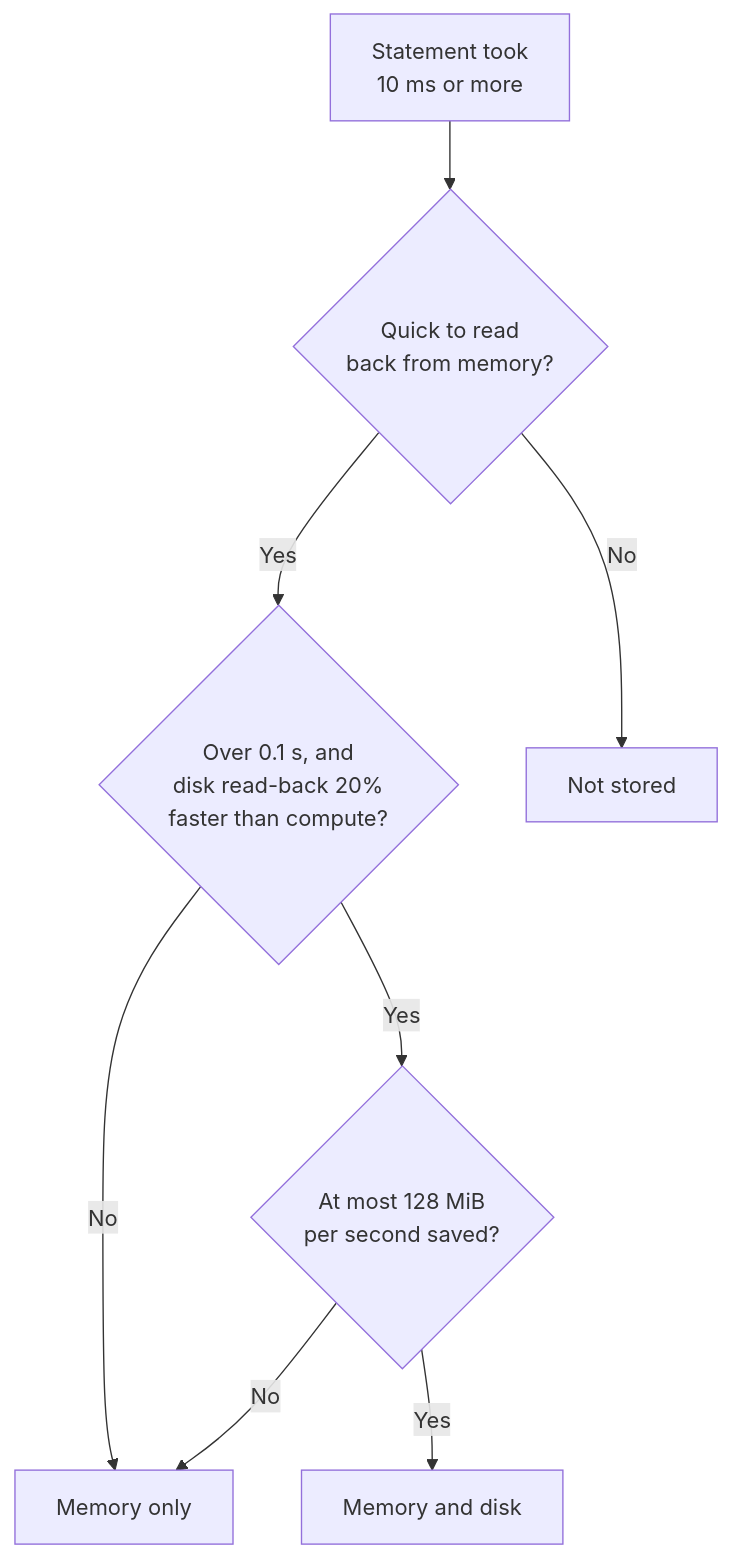
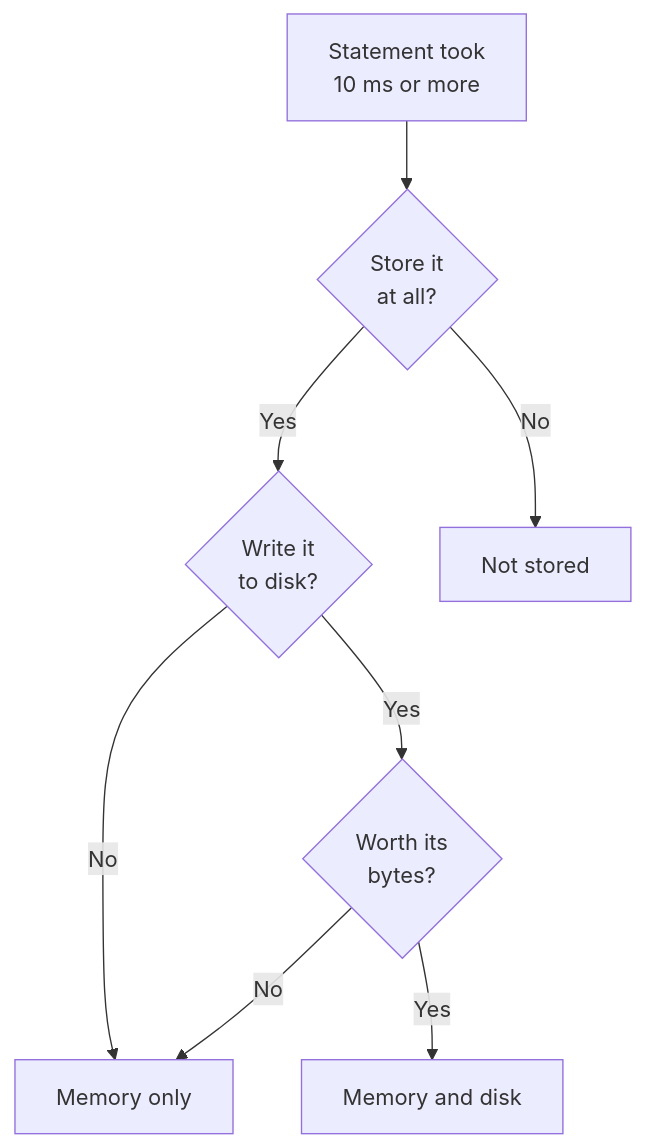
Before and after one commit to galgtonold/cash: the diagram in docs/cost-model.md, drawn with Mermaid. The commit also changed other lines of this file and 2 other files, not shown here.

Commit message:
docs: keep flowchart decisions to a few words so the charts stay short
Long questions inside the diamonds made the cost-model chart taller than
a screen. The decisions now use the names of the steps the text below
explains ('Store it at all?', 'Write it to disk?', 'Worth its bytes?'),
and the notebook and decorator charts shorten theirs the same way.

````diff
--- a/docs/cost-model.md
+++ b/docs/cost-model.md
@@ -152,17 +153,17 @@
 ```mermaid
 flowchart TB
     A["Statement took<br/>10 ms or more"]
-    M{"Quick to read<br/>back from memory?"}
-    D{"Over 0.1 s, and<br/>disk read-back 20%<br/>faster than compute?"}
-    W{"At most 128 MiB<br/>per second saved?"}
+    M{"Store it<br/>at all?"}
+    D{"Write it<br/>to disk?"}
+    W{"Worth its<br/>bytes?"}
     N0["Not stored"]
     RAM["Memory only"]
     DISK["Memory and disk"]
     A --> M
     M -->|No| N0
     M -->|Yes| D
     D -->|No| RAM
     D -->|Yes| W
     W -->|No| RAM
     W -->|Yes| DISK
 ```
````
